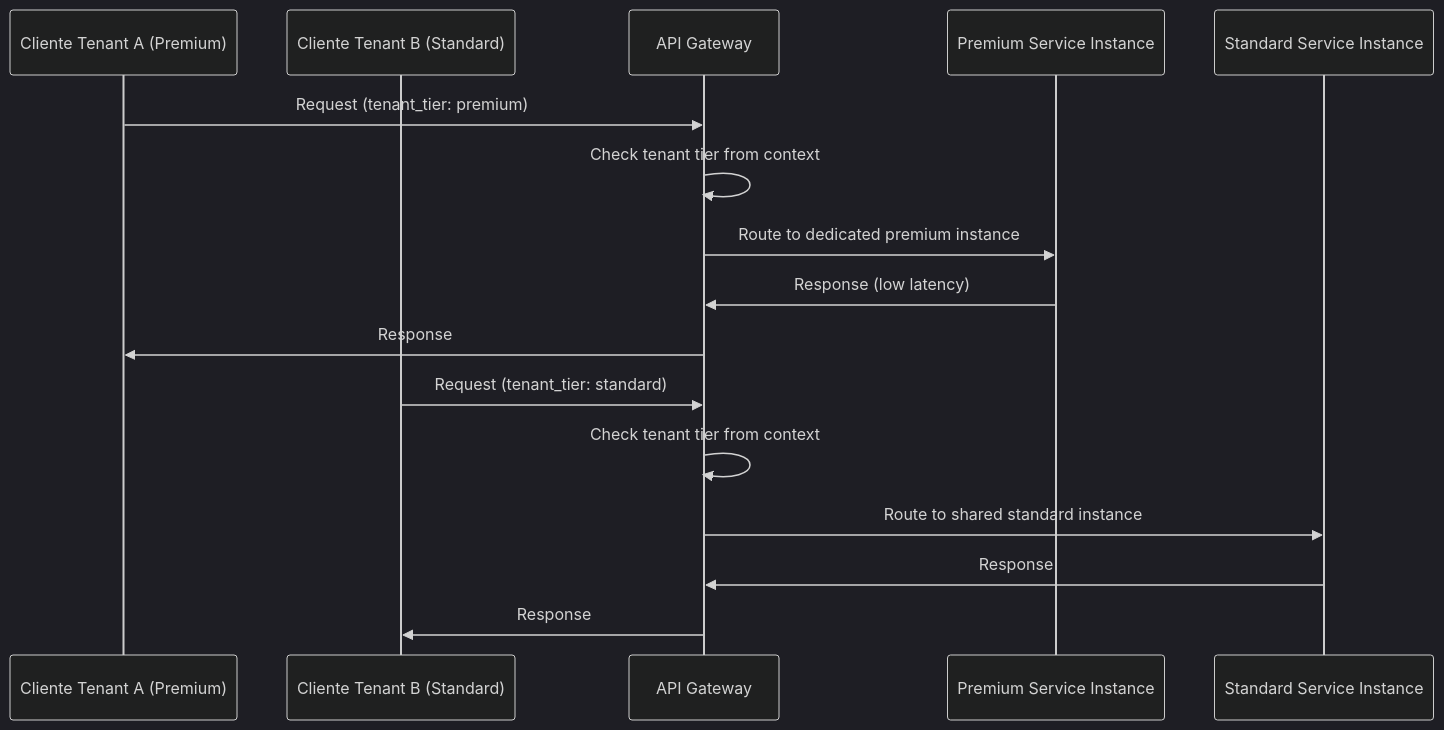
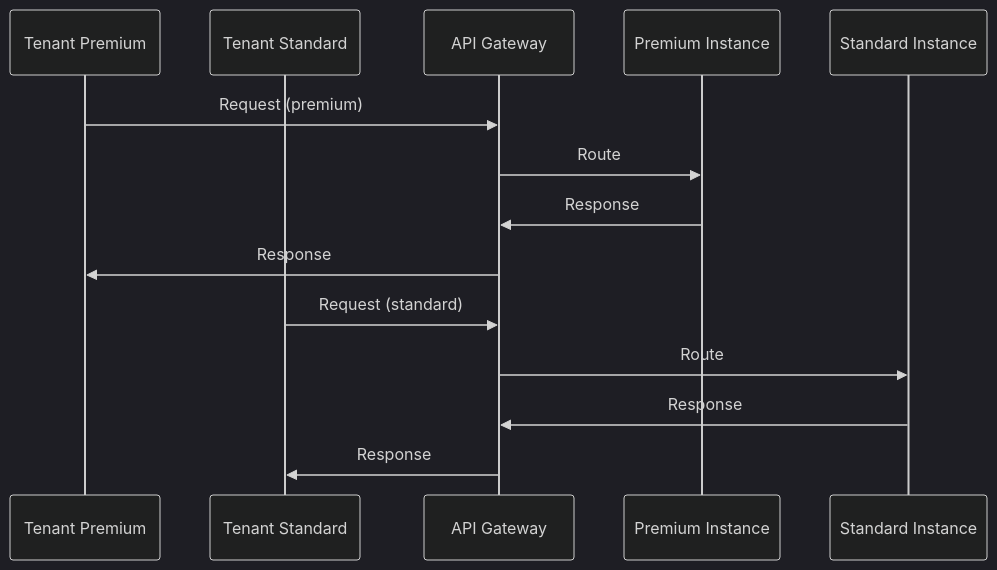
Before and after one commit to jclemente-tlm/tlm-arq-servicios-corporativos: the fifth of 6 diagrams in docs/api-gateway/06-vista-tiempo-ejecucion.md, drawn with Mermaid (dark theme). The commit also changed other lines of this file and 52 other files, not shown here.

````diff
--- a/docs/api-gateway/06-vista-tiempo-ejecucion.md
+++ b/docs/api-gateway/06-vista-tiempo-ejecucion.md
@@ -261,20 +114,16 @@
 ```mermaid
 sequenceDiagram
-    participant ClientA as Cliente Tenant A (Premium)
-    participant ClientB as Cliente Tenant B (Standard)
+    participant ClientA as Tenant Premium
+    participant ClientB as Tenant Standard
     participant Gateway as API Gateway
-    participant PremiumService as Premium Service Instance
-    participant StandardService as Standard Service Instance
-
-    ClientA->>Gateway: Request (tenant_tier: premium)
-    Gateway->>Gateway: Check tenant tier from context
-    Gateway->>PremiumService: Route to dedicated premium instance
-    PremiumService->>Gateway: Response (low latency)
+    participant PremiumService as Premium Instance
+    participant StandardService as Standard Instance
+    ClientA->>Gateway: Request (premium)
+    Gateway->>PremiumService: Route
+    PremiumService->>Gateway: Response
     Gateway->>ClientA: Response
-
-    ClientB->>Gateway: Request (tenant_tier: standard)
-    Gateway->>Gateway: Check tenant tier from context
-    Gateway->>StandardService: Route to shared standard instance
+    ClientB->>Gateway: Request (standard)
+    Gateway->>StandardService: Route
     StandardService->>Gateway: Response
     Gateway->>ClientB: Response
 ```
````
